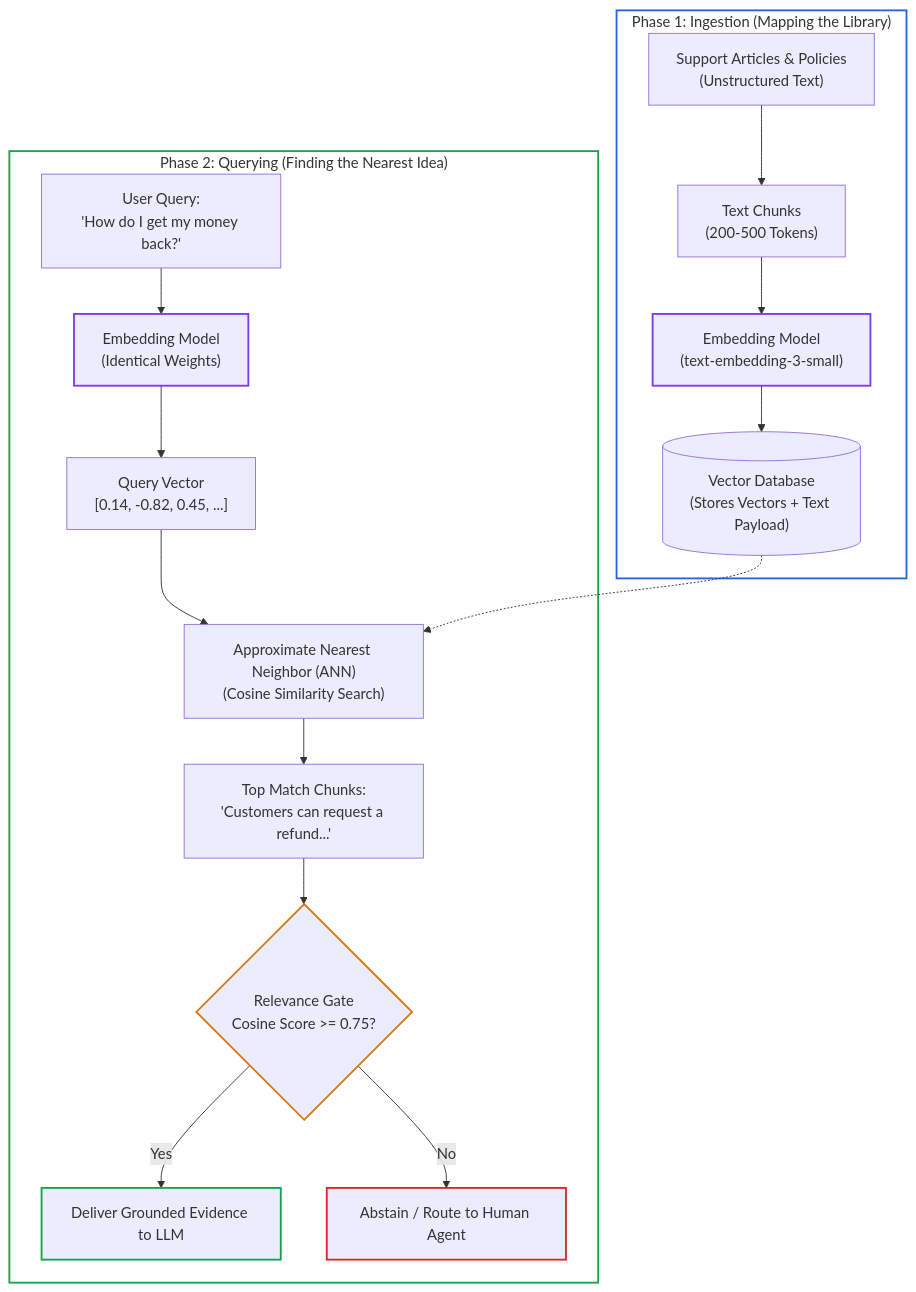
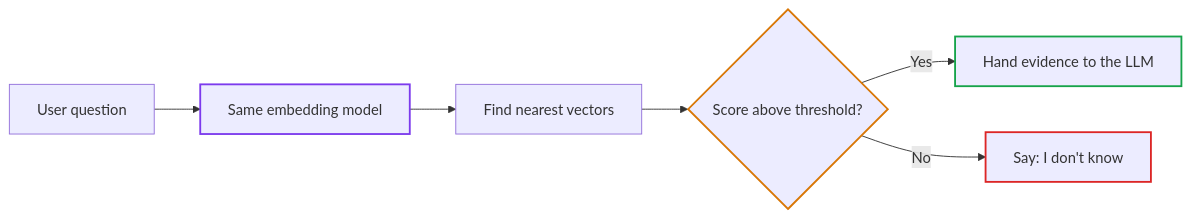
Before and after one commit to dip4k/senior-engineer-to-ai-engineer-roadmap: the second of 2 diagrams in .agents/skills/ai-curriculum-refactoring/examples/golden-lesson.md, drawn with Mermaid. The commit also changed other lines of this file and 49 other files, not shown here.

````diff
--- a/.agents/skills/ai-curriculum-refactoring/examples/golden-lesson.md
+++ b/.agents/skills/ai-curriculum-refactoring/examples/golden-lesson.md
@@ -44,28 +96,13 @@
 ```mermaid
-flowchart TD
-    subgraph PHASE1["Phase 1: Ingestion (Mapping the Library)"]
-        DOC["Support Articles & Policies<br>(Unstructured Text)"] --> CHUNK["Text Chunks<br>(200-500 Tokens)"]
-        CHUNK --> EMBED1["Embedding Model<br>(text-embedding-3-small)"]
-        EMBED1 --> VDB[("Vector Database<br>(Stores Vectors + Text Payload)")]
-    end
+flowchart LR
+    Q["User question"] --> E["Same embedding model"]
+    E --> S["Find nearest vectors"]
+    S --> G{"Score above threshold?"}
+    G -- "Yes" --> A["Hand evidence to the LLM"]
+    G -- "No" --> B["Say: I don't know"]
 
-    subgraph PHASE2["Phase 2: Querying (Finding the Nearest Idea)"]
-        UQ["User Query:<br>'How do I get my money back?'"] --> EMBED2["Embedding Model<br>(Identical Weights)"]
-        EMBED2 --> QV["Query Vector<br>[0.14, -0.82, 0.45, ...]"]
-        QV --> ANN["Approximate Nearest Neighbor (ANN)<br>(Cosine Similarity Search)"]
-        VDB -.-> ANN
-        ANN --> MATCH["Top Match Chunks:<br>'Customers can request a refund...'"]
-        MATCH --> GATE{"Relevance Gate<br>Cosine Score >= 0.75?"}
-        GATE -- "Yes" --> PASS["Deliver Grounded Evidence to LLM"]
-        GATE -- "No" --> FALLBACK["Abstain / Route to Human Agent"]
-    end
-
-    style PHASE1 fill:none,stroke:#2563eb,stroke-width:2px
-    style PHASE2 fill:none,stroke:#16a34a,stroke-width:2px
-
-    style GATE stroke:#d97706,stroke-width:2px
-    style PASS stroke:#16a34a,stroke-width:2px
-    style FALLBACK stroke:#dc2626,stroke-width:2px
-    style EMBED1 stroke:#7c3aed,stroke-width:2px
-    style EMBED2 stroke:#7c3aed,stroke-width:2px
+    style E stroke:#7c3aed,stroke-width:2px
+    style G stroke:#d97706,stroke-width:2px
+    style A stroke:#16a34a,stroke-width:2px
+    style B stroke:#dc2626,stroke-width:2px
 ```
````
